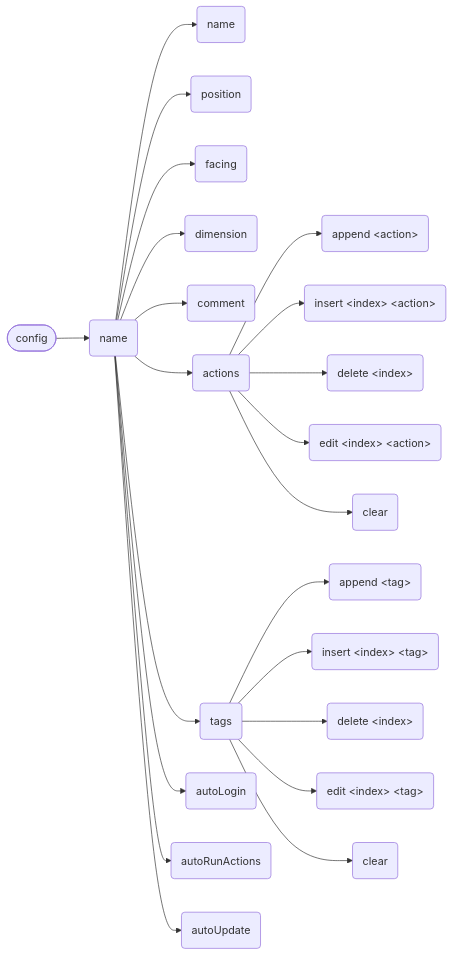
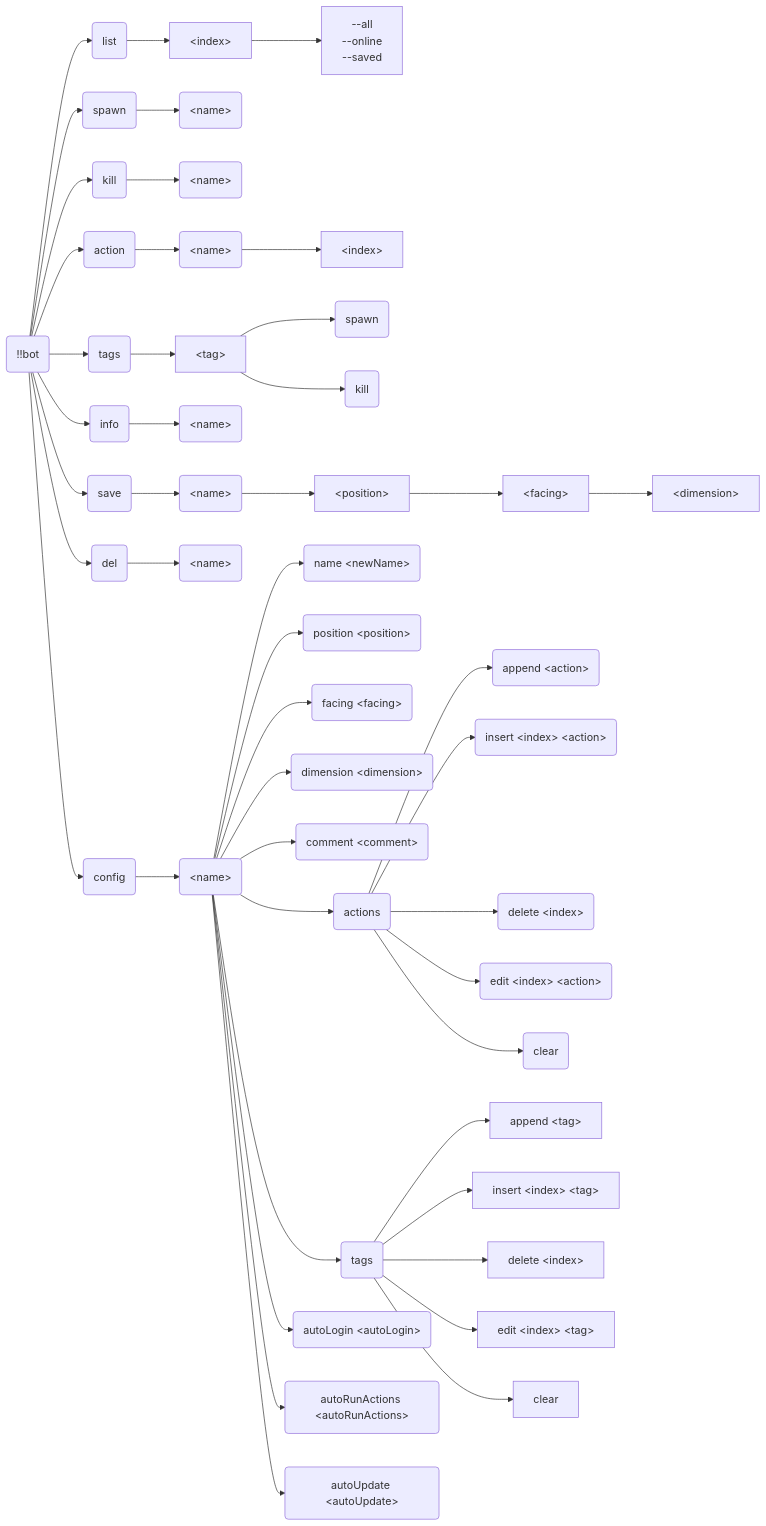
The fourth of 5 diagrams in full-zh_cn.md (SkyDynamic/PluginCatalogue), drawn with Mermaid before and after one commit. The commit also changed other lines of this file and 3 other files, not shown here.

````diff
--- a/full-zh_cn.md
+++ b/full-zh_cn.md
@@ -454,28 +458,64 @@
 ```mermaid
 flowchart LR
-    start([config])
-    start --> bot_name(name)
+    start(!!bot)
 
-    bot_name --> name(name)
-    bot_name --> position(position)
-    bot_name --> facing(facing)
-    bot_name --> dimension(dimension)
-    bot_name --> comment(comment)
-    bot_name --> actions(actions)
-    bot_name --> tags(tags)
-    bot_name --> autoLogin(autoLogin)
-    bot_name --> autoRunActions(autoRunActions)
-    bot_name --> autoUpdate(autoUpdate)
+    start --> list(list)
+    list --> list_index["&lt;index&gt;"]
+    list_index --> list_index_arg["
+        --all
+        --online
+        --saved
+    "]
 
-    actions --> actions_append("append &lt;action&gt;")
-    actions --> actions_insert("insert &lt;index&gt; &lt;action&gt;")
-    actions --> actions_delete("delete &lt;index&gt")
-    actions --> actions_edit("edit &lt;index&gt; &lt;action&gt;")
-    actions --> actions_clear(clear)
+    start --> spawn(spawn)
+    spawn --> spawn_name("&lt;name&gt;")
 
-    tags --> tags_append("append &lt;tag&gt;")
-    tags --> tags_insert("insert &lt;index&gt; &lt;tag&gt;")
-    tags --> tags_delete("delete &lt;index&gt")
-    tags --> tags_edit("edit &lt;index&gt; &lt;tag&gt;")
-    tags --> tags_clear(clear)
+    start --> kill(kill)
+    kill --> kill_name("&lt;name&gt;")
+
+    start --> action(action)
+    action --> action_name("&lt;name&gt;")
+    action_name --> action_name_index["&lt;index&gt;"]
+
+    start --> tags(tags)
+    tags --> tags_tag["&lt;tag&gt;"]
+    tags_tag --> tags_tag_spawn(spawn)
+    tags_tag --> tags_tag_kill(kill)
+
+    start --> info(info)
+    info --> info_name("&lt;name&gt;")
+
+    start --> save(save)
+    save --> save_name("&lt;name&gt;")
+    save_name --> save_name_position["&lt;position&gt;"]
+    save_name_position --> save_name_position_facing["&lt;facing&gt;"]
+    save_name_position_facing --> save_name_position_facing_dimension["&lt;dimension&gt;"]
+
+    start --> del(del)
+    del --> del_name("&lt;name&gt;")
+
+    start --> config(config)
+    config --> config_name("&lt;name&gt;")
+    config_name --> config_name_name("name &lt;newName&gt;")
+    config_name --> config_name_position("position &lt;position&gt;")
+    config_name --> config_name_facing("facing &lt;facing&gt;")
+    config_name --> config_name_dimension("dimension &lt;dimension&gt;")
+    config_name --> config_name_comment("comment &lt;comment&gt;")
+    config_name --> config_name_actions(actions)
+    config_name --> config_name_tags(tags)
+    config_name --> config_name_autoLogin("autoLogin &lt;autoLogin&gt;")
+    config_name --> config_name_autoRunActions("autoRunActions &lt;autoRunActions&gt;")
+    config_name --> config_name_autoUpdate("autoUpdate &lt;autoUpdate&gt;")
+
+    config_name_actions --> config_name_actions_append("append &lt;action&gt;")
+    config_name_actions --> config_name_actions_insert("insert &lt;index&gt; &lt;action&gt;")
+    config_name_actions --> config_name_actions_delete("delete &lt;index&gt")
+    config_name_actions --> config_name_actions_edit("edit &lt;index&gt; &lt;action&gt;")
+    config_name_actions --> config_name_actions_clear(clear)
+
+    config_name_tags --> config_name_tags_append["append &lt;tag&gt;"]
+    config_name_tags --> config_name_tags_insert["insert &lt;index&gt; &lt;tag&gt;"]
+    config_name_tags --> config_name_tags_delete["delete &lt;index&gt"]
+    config_name_tags --> config_name_tags_edit["edit &lt;index&gt; &lt;tag&gt;"]
+    config_name_tags --> config_name_tags_clear[clear]
 ```
````
